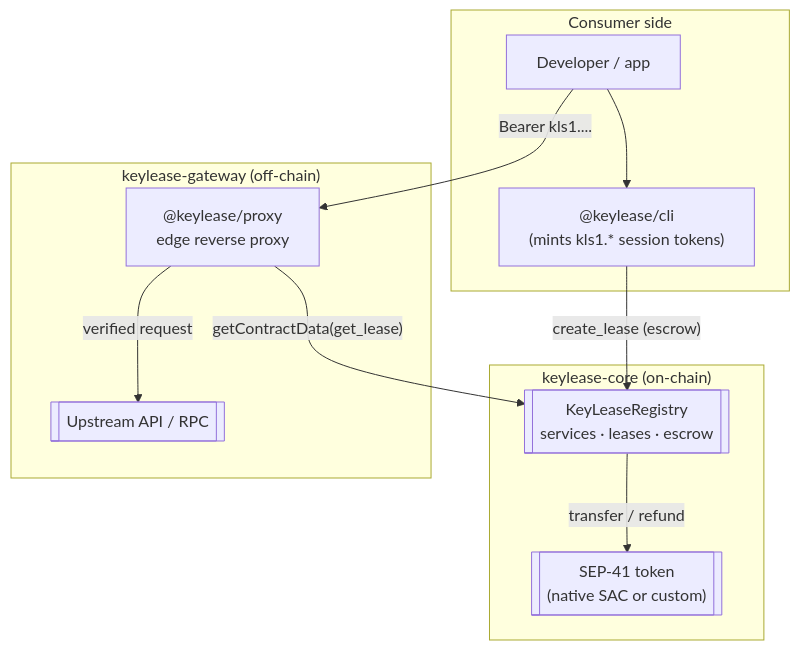
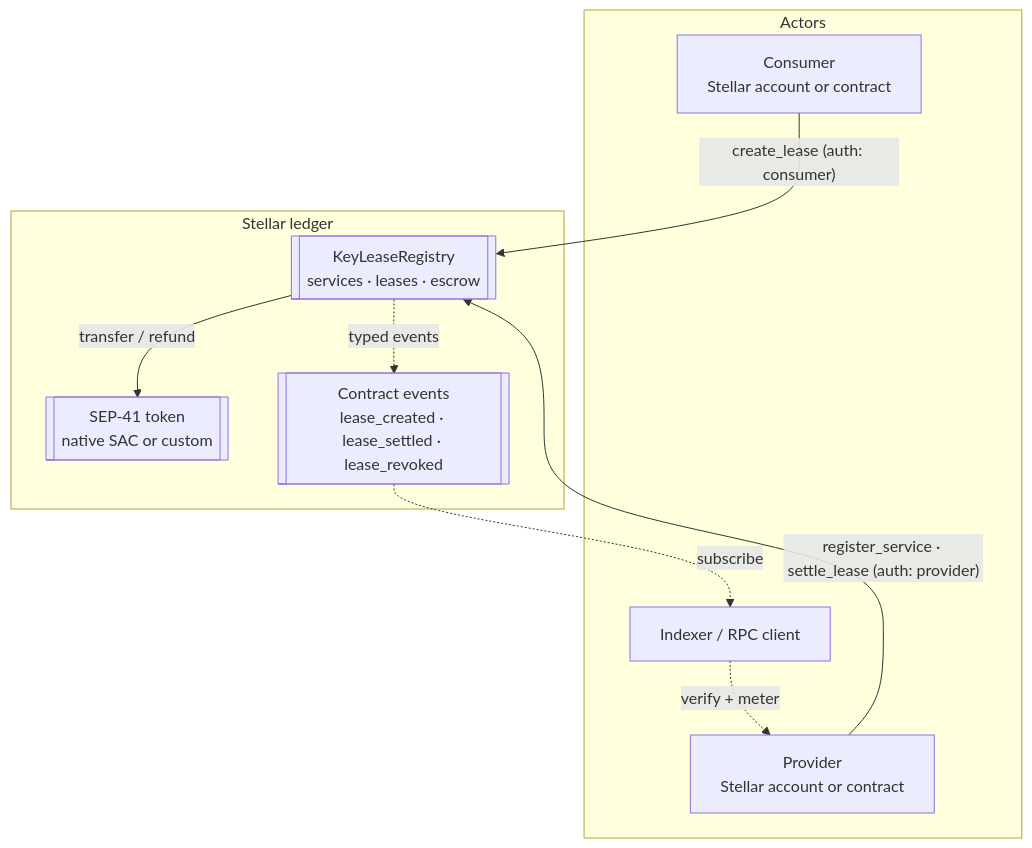
Before and after one commit to KeyLease-Security/keylease-core: the first of 2 diagrams in docs/architecture.md, drawn with Mermaid. The commit also changed other lines of this file and 40 other files, not shown here.

````diff
--- a/docs/architecture.md
+++ b/docs/architecture.md
@@ -8,24 +10,21 @@
 ```mermaid
 flowchart TB
-    subgraph Consumer side
-        DEV[Developer / app]
-        CLI["@keylease/cli<br/>(mints kls1.* session tokens)"]
+    subgraph Actors
+        DEV["Consumer<br/>Stellar account or contract"]
+        PROV["Provider<br/>Stellar account or contract"]
+        IDX["Indexer / RPC client"]
     end
 
-    subgraph "keylease-core (on-chain)"
+    subgraph "Stellar ledger"
         REG[["KeyLeaseRegistry<br/>services · leases · escrow"]]
-        TOK[["SEP-41 token<br/>(native SAC or custom)"]]
+        TOK[["SEP-41 token<br/>native SAC or custom"]]
+        EV[["Contract events<br/>lease_created · lease_settled · lease_revoked"]]
     end
 
-    subgraph "keylease-gateway (off-chain)"
-        PROXY["@keylease/proxy<br/>edge reverse proxy"]
-        UP[["Upstream API / RPC"]]
-    end
-
-    DEV --> CLI
-    CLI -- "create_lease (escrow)" --> REG
+    DEV -- "create_lease (auth: consumer)" --> REG
+    PROV -- "register_service · settle_lease (auth: provider)" --> REG
     REG -- "transfer / refund" --> TOK
-    DEV -- "Bearer kls1...." --> PROXY
-    PROXY -- "getContractData(get_lease)" --> REG
-    PROXY -- "verified request" --> UP
+    REG -. "typed events" .-> EV
+    EV -. "subscribe" .-> IDX
+    IDX -. "verify + meter" .-> PROV
 ```
````
